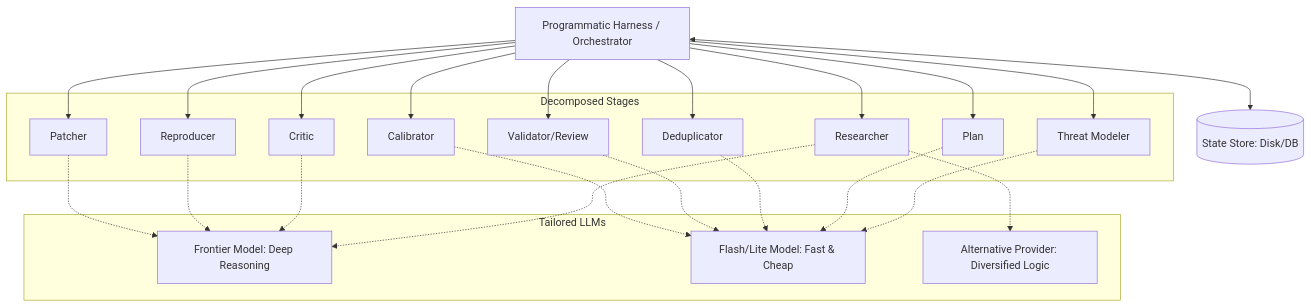
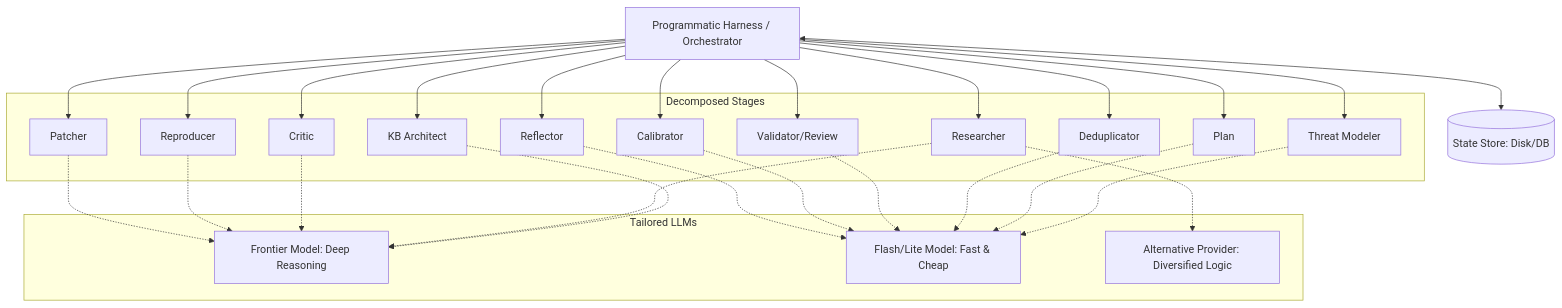
Before and after one commit to google/mantis: the diagram in mantis_pipeline_adapter/SKILL.md, drawn with Mermaid. The commit also changed other lines of this file and 9 other files, not shown here.

First line of the commit message:
feat: migrate to Knowledge Base architecture and update docs

````diff
--- a/mantis_pipeline_adapter/SKILL.md
+++ b/mantis_pipeline_adapter/SKILL.md
@@ -74,43 +79,49 @@
 ```mermaid
 graph TD
     Harness[Programmatic Harness / Orchestrator] <--> DB[(State Store: Disk/DB)]
 
     subgraph Stages [Decomposed Stages]
+        KB[KB Architect]
         TM[Threat Modeler]
         P[Plan]
         R[Researcher]
         D[Deduplicator]
         V[Validator/Review]
         C[Critic]
         Rep[Reproducer]
         Pat[Patcher]
         Cal[Calibrator]
+        Ref[Reflector]
     end
 
+    Harness --> KB
     Harness --> TM
     Harness --> P
     Harness --> R
     Harness --> D
     Harness --> V
     Harness --> C
     Harness --> Rep
     Harness --> Pat
     Harness --> Cal
+    Harness --> Ref
 
     subgraph LLM Pool [Tailored LLMs]
         ModelA[Frontier Model: Deep Reasoning]
         ModelB[Flash/Lite Model: Fast & Cheap]
         ModelC[Alternative Provider: Diversified Logic]
     end
 
+    KB -.-> ModelA
     TM -.-> ModelB
     P -.-> ModelB
     R -.-> ModelA
     R -.-> ModelC
     D -.-> ModelB
     V -.-> ModelB
     C -.-> ModelA
     Rep -.-> ModelA
     Pat -.-> ModelA
     Cal -.-> ModelB
+    Ref -.-> ModelB
 ```
````
